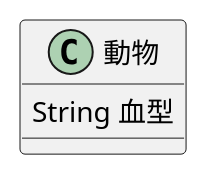
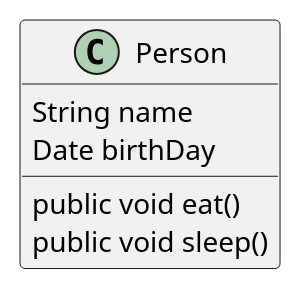
Before and after one commit to lyhcode/oosad: the second of 2 diagrams in oop/class.md, drawn with PlantUML. The commit also changed other lines of this file and 18 other files, not shown here.

````diff
--- a/oop/class.md
+++ b/oop/class.md
@@ -18,7 +20,11 @@
 ```uml
 @startuml
-Class 動物 {
-    String 血型
+Class Person {
+    String name
+    Date birthDay
+
+    public void eat()
+    public void sleep()
 }
 @enduml
 ```
````
